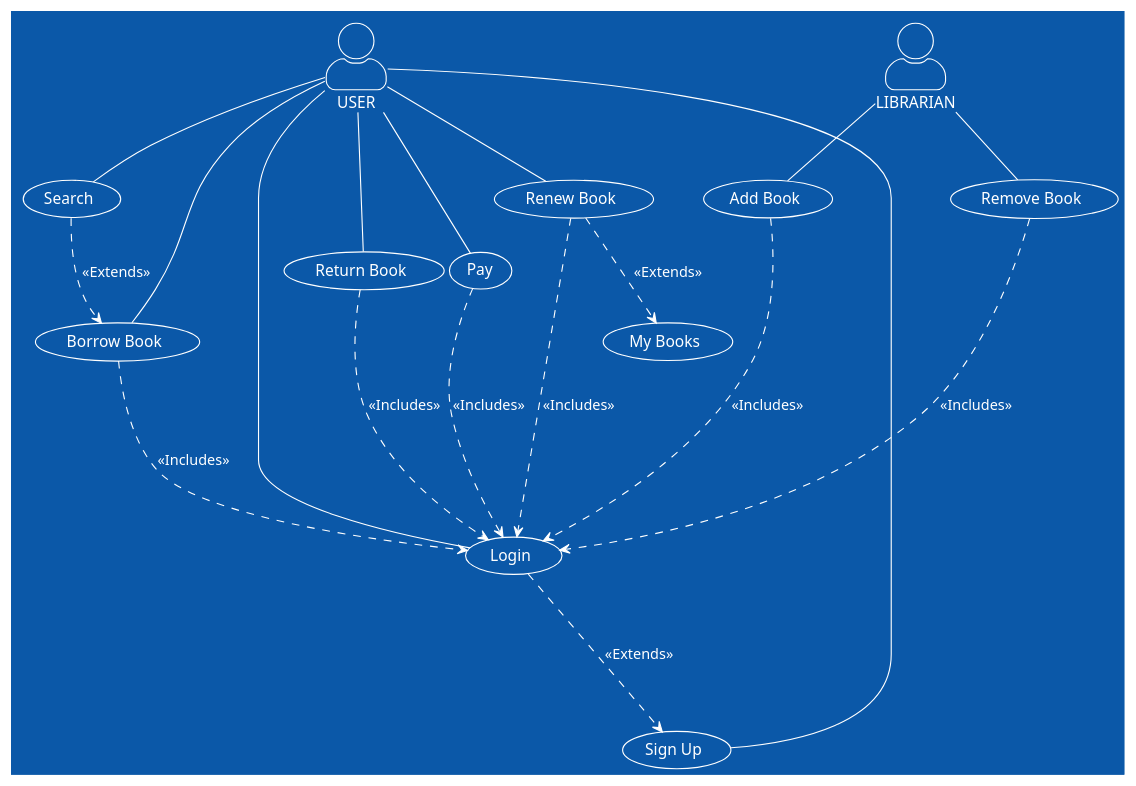
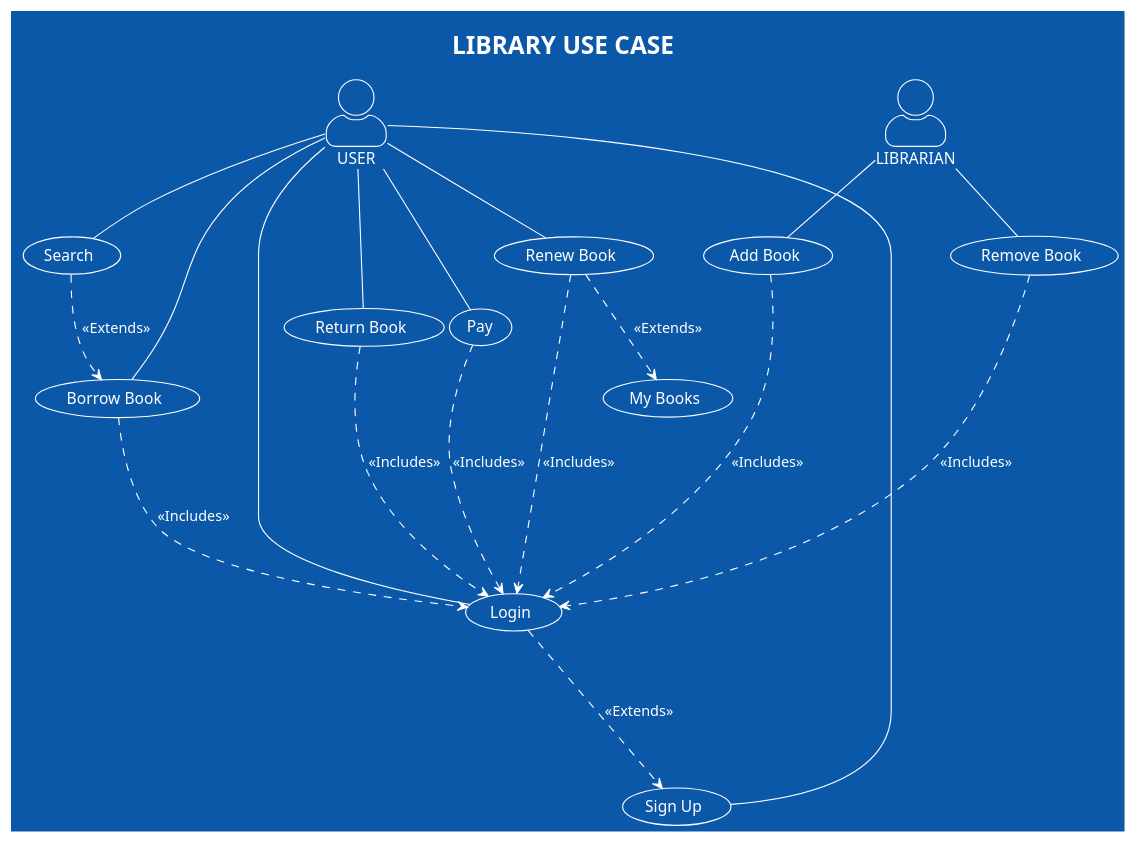
One commit to Gabe-Alvess/LibraryAppDiagrams changed the diagram in use-case/use-case-diagram.md. Above: the diagram before and after it, drawn with PlantUML. The commit also changed other lines of this file and 10 other files, not shown here.

````diff
--- a/use-case/use-case-diagram.md
+++ b/use-case/use-case-diagram.md
@@ -3,47 +1,48 @@
 ```plantuml
 
 @startuml
 
 !theme amiga
 skinparam actorStyle awesome
+title LIBRARY USE CASE
 
 :USER: as user
 ( Login ) as login
 (Sign Up) as signUp
 (Search) as search
 (Borrow Book) as borrowBook
 (Renew Book) as renewBook
 (My Books) as myBooks
 (Return Book) as returnBook
 (Pay) as pay
 
 :LIBRARIAN: as librarian
 (Add Book) as addBook
 (Remove Book) as removeBook
 
 user -- signUp
 user -- login
 user -- search
 user -- borrowBook
 user -- renewBook
 user -- returnBook
 user -- pay
 
 search ..> borrowBook : <<Extends>>
 renewBook ..> myBooks : <<Extends>>
 login ...> signUp : <<Extends>>
 
 borrowBook ...> login : <<Includes>>
 renewBook ...> login : <<Includes>>
 returnBook ...> login : <<Includes>>
 pay ...> login : <<Includes>>
 
 librarian -- addBook
 librarian -- removeBook
 
 addBook ....> login : <<Includes>>
 removeBook ....> login : <<Includes>>
 
 @enduml
 
 ```
````
